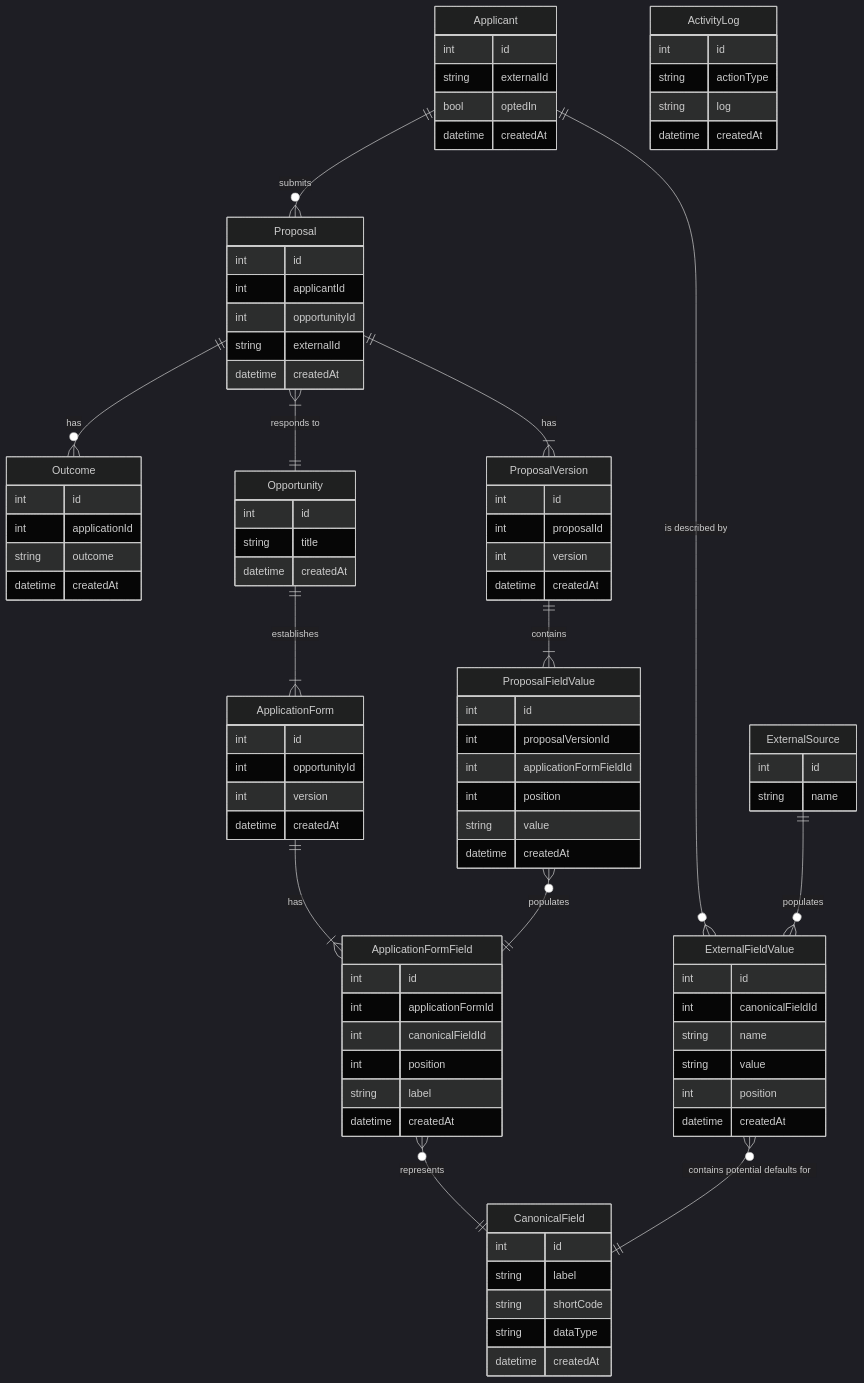
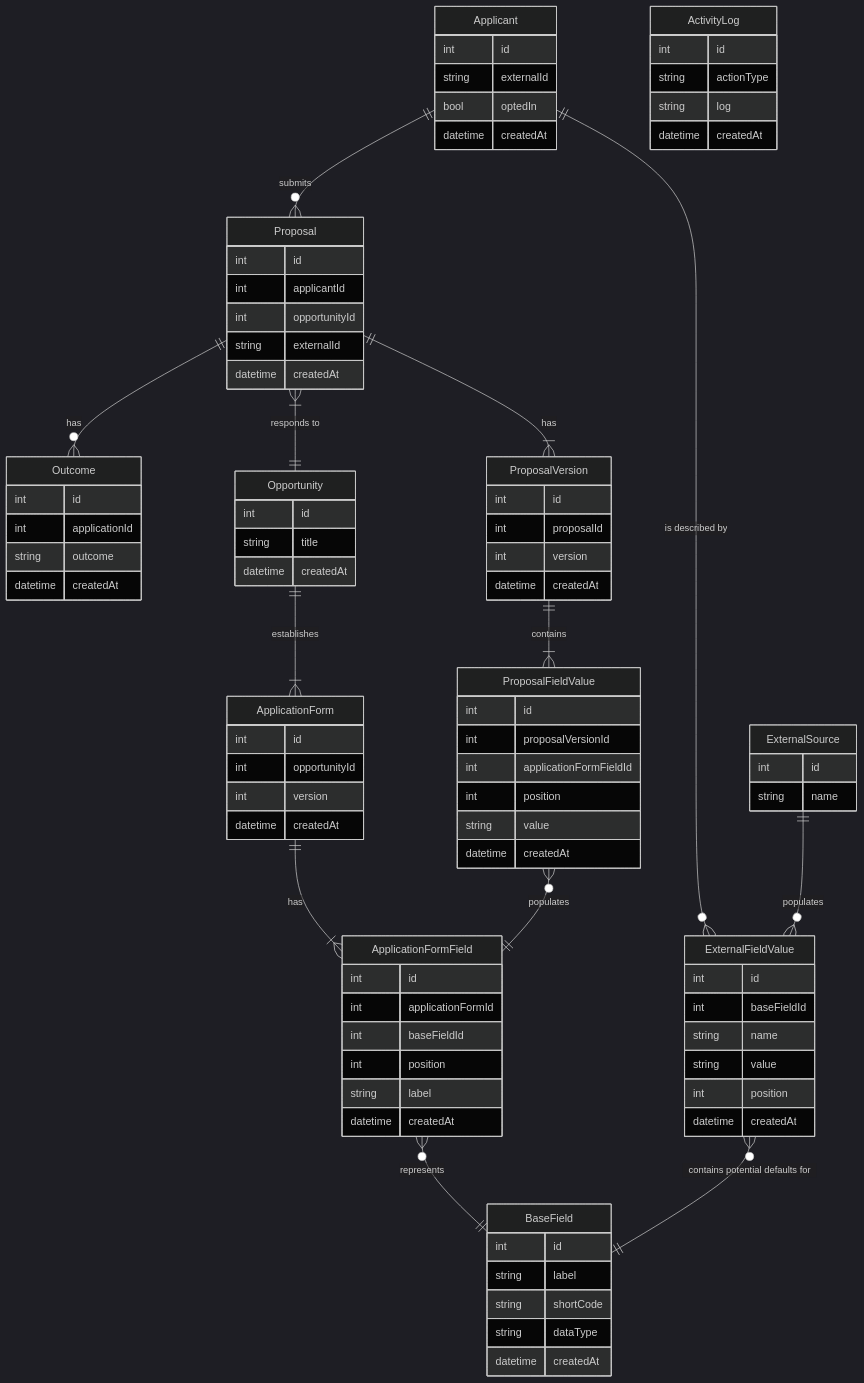
The first of 4 diagrams in docs/ENTITY_RELATIONSHIP_DIAGRAM.md (PhilanthropyDataCommons/service), drawn with Mermaid (dark theme) before and after one commit. The commit also changed other lines of this file and 29 other files, not shown here.

First line of the commit message:
Rename canonical fields to base fields

````diff
--- a/docs/ENTITY_RELATIONSHIP_DIAGRAM.md
+++ b/docs/ENTITY_RELATIONSHIP_DIAGRAM.md
@@ -4,6 +4,6 @@
 ```mermaid
 erDiagram
-  CanonicalField {
+  BaseField {
     int id
     string label
     string shortCode
@@ -47,14 +47,14 @@
   ApplicationFormField {
     int id
     int applicationFormId
-    int canonicalFieldId
+    int baseFieldId
     int position
     string label
     datetime createdAt
   }
   ExternalFieldValue {
     int id
-    int canonicalFieldId
+    int baseFieldId
     string name
     string value
     int position
@@ -86,11 +86,11 @@
   Opportunity ||--|{ ApplicationForm : establishes
   Proposal ||--o{ Outcome : "has"
   ApplicationForm ||--|{ ApplicationFormField : has
-  ApplicationFormField }o--|| CanonicalField : represents
+  ApplicationFormField }o--|| BaseField : represents
   Proposal ||--|{ ProposalVersion : has
   ProposalVersion ||--|{ ProposalFieldValue : contains
   ProposalFieldValue }o--|| ApplicationFormField : populates
   Applicant ||--o{ ExternalFieldValue : "is described by"
-  ExternalFieldValue }o--|| CanonicalField : "contains potential defaults for"
+  ExternalFieldValue }o--|| BaseField : "contains potential defaults for"
   ExternalSource ||--o{ ExternalFieldValue : "populates"
 ```
````
